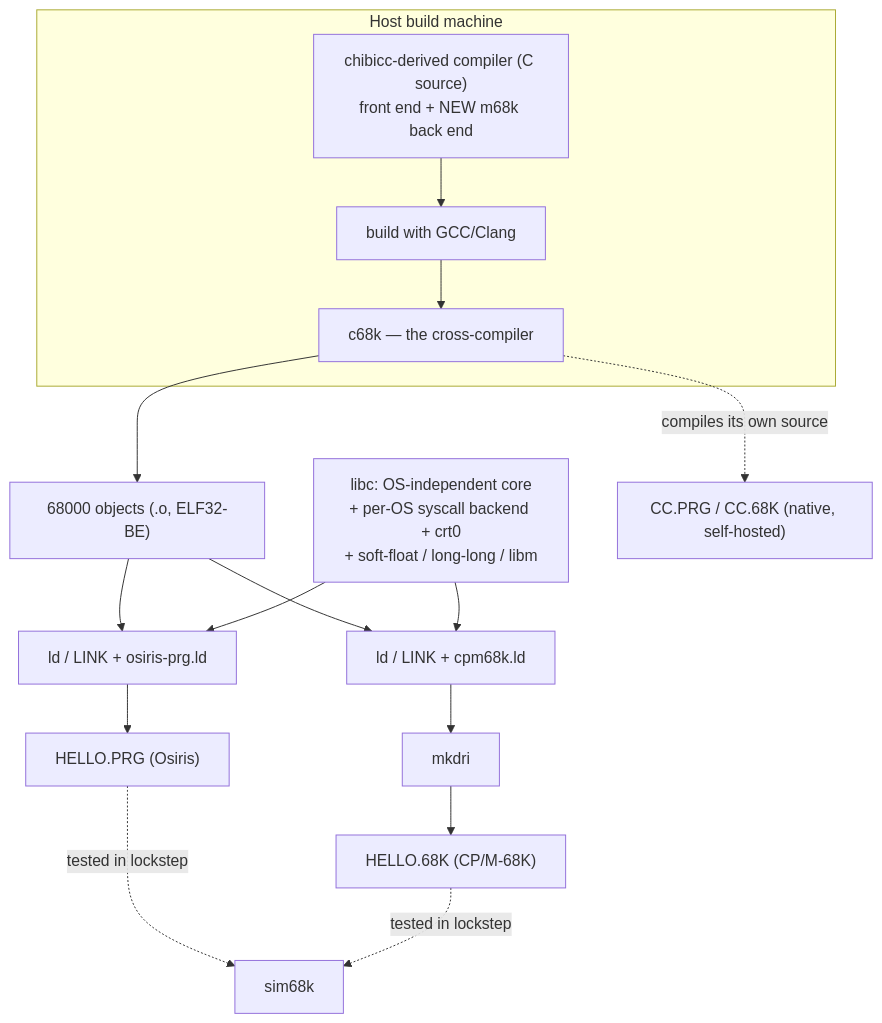
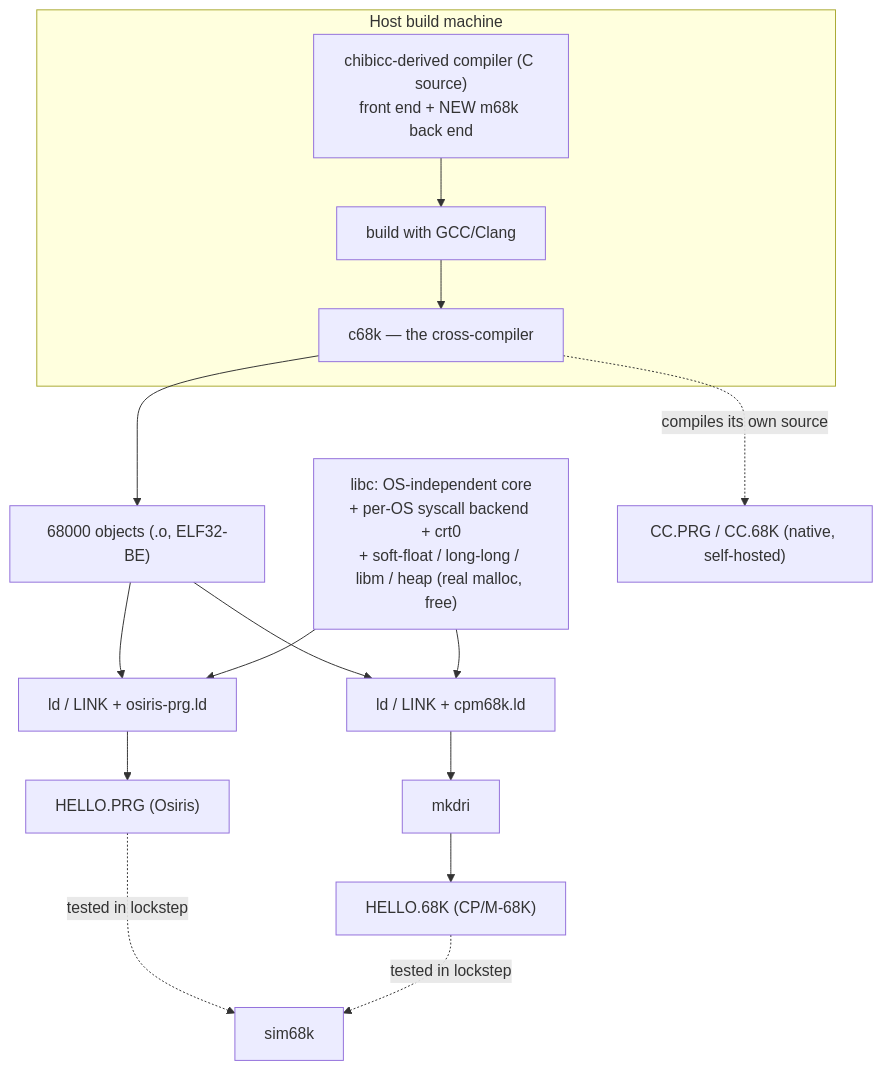
One commit to dougdu/C68k changed the diagram in README.md. Above: the diagram before and after it, drawn with Mermaid. The commit also changed other lines of this file and 5 other files, not shown here.

First line of the commit message:
docs: document the libheap allocator (real malloc/free) across the doc set

````diff
--- a/README.md
+++ b/README.md
@@ -59,15 +59,15 @@
 ```mermaid
 flowchart TB
     SRC["chibicc-derived compiler (C source)\nfront end + NEW m68k back end"]
     subgraph host["Host build machine"]
         HCC["build with GCC/Clang"]
         SRC --> HCC --> XC["c68k  — the cross-compiler"]
     end
     XC --> OBJ["68000 objects (.o, ELF32-BE)"]
     OBJ --> LINKO["ld / LINK + osiris-prg.ld"] --> PRG["HELLO.PRG  (Osiris)"]
     OBJ --> LINKC["ld / LINK + cpm68k.ld"] --> DRI["mkdri"] --> K68["HELLO.68K  (CP/M-68K)"]
-    LIBC["libc: OS-independent core\n+ per-OS syscall backend + crt0\n+ soft-float / long-long / libm"] --> LINKO
+    LIBC["libc: OS-independent core\n+ per-OS syscall backend + crt0\n+ soft-float / long-long / libm / heap (real malloc, free)"] --> LINKO
     LIBC --> LINKC
     XC -. "compiles its own source" .-> NAT["CC.PRG / CC.68K (native, self-hosted)"]
     PRG & K68 -. "tested in lockstep" .-> SIM["sim68k"]
 ```
````
